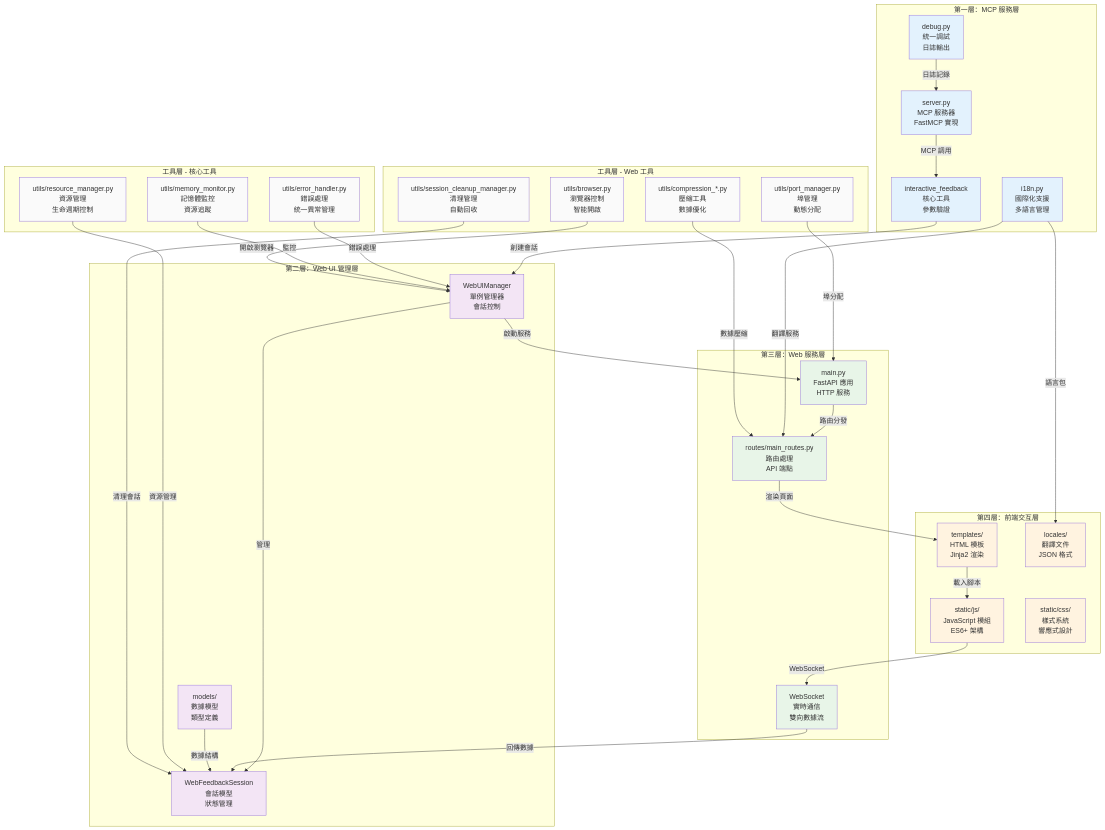
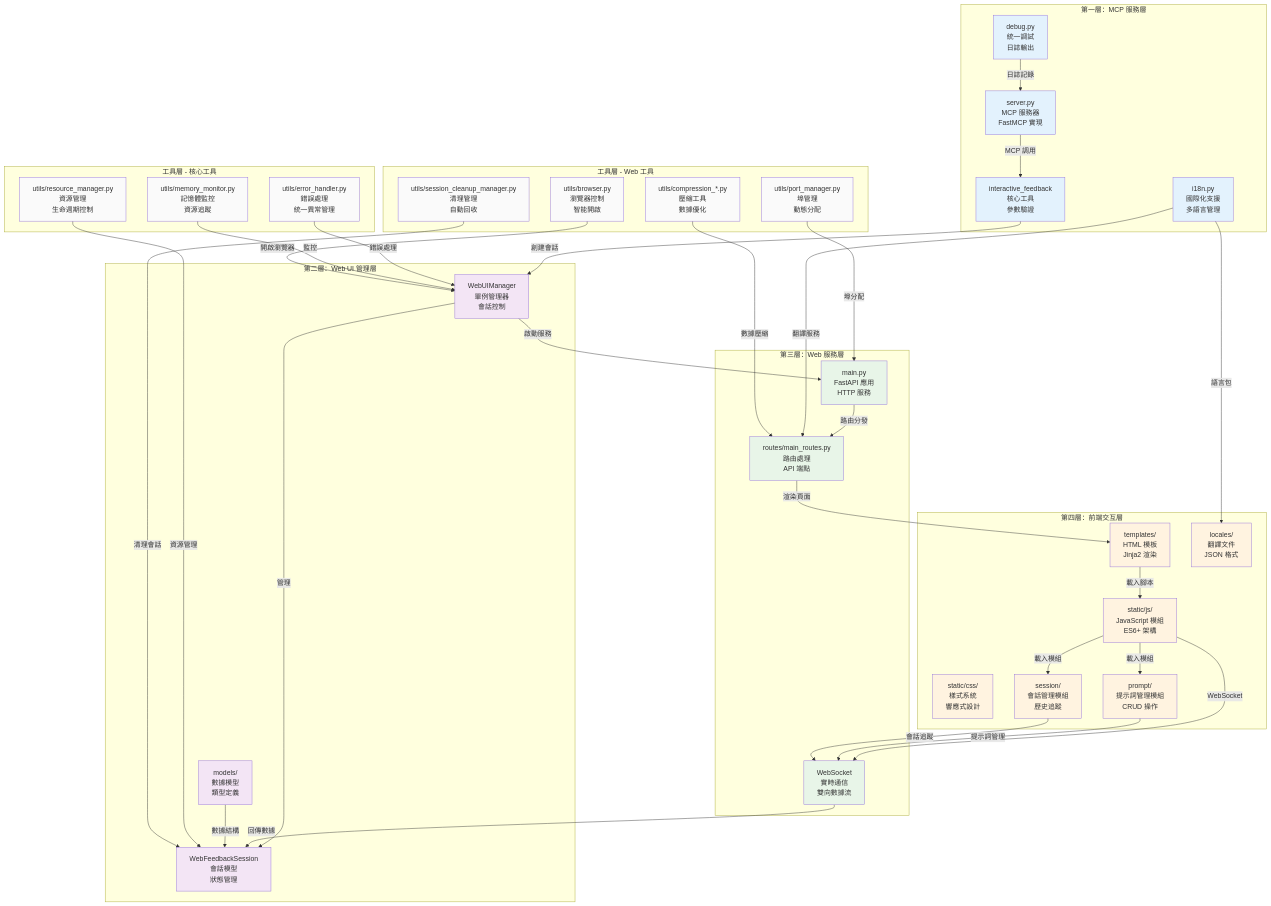
The first of 10 diagrams in docs/architecture/component-details.md (zetxtech/mcp-feedback-enhanced), drawn with Mermaid before and after one commit. The commit also changed other lines of this file and 4 other files, not shown here.

````diff
--- a/docs/architecture/component-details.md
+++ b/docs/architecture/component-details.md
@@ -40,6 +40,8 @@
         JS[static/js/<br/>JavaScript 模組<br/>ES6+ 架構]
         CSS[static/css/<br/>樣式系統<br/>響應式設計]
         LOCALES[locales/<br/>翻譯文件<br/>JSON 格式]
+        PROMPT_MODULES[prompt/<br/>提示詞管理模組<br/>CRUD 操作]
+        SESSION_MODULES[session/<br/>會話管理模組<br/>歷史追蹤]
     end
 
     subgraph "工具層 - 核心工具"
@@ -66,6 +68,12 @@
     JS -->|WebSocket| WS
     WS -->|回傳數據| SESSION
 
+    %% 新功能模組
+    JS -->|載入模組| PROMPT_MODULES
+    JS -->|載入模組| SESSION_MODULES
+    PROMPT_MODULES -->|提示詞管理| WS
+    SESSION_MODULES -->|會話追蹤| WS
+
     %% 支援服務
     I18N -->|翻譯服務| ROUTES
     I18N -->|語言包| LOCALES
@@ -91,6 +99,6 @@
     class SERVER,TOOL,I18N,DEBUG layer1
     class MANAGER,SESSION,MODELS layer2
     class MAIN,ROUTES,WS layer3
-    class HTML,JS,CSS,LOCALES layer4
+    class HTML,JS,CSS,LOCALES,PROMPT_MODULES,SESSION_MODULES layer4
     class ERROR,MEMORY,RESOURCE,BROWSER,PORT,COMPRESS,CLEANUP tools
 ```
````
